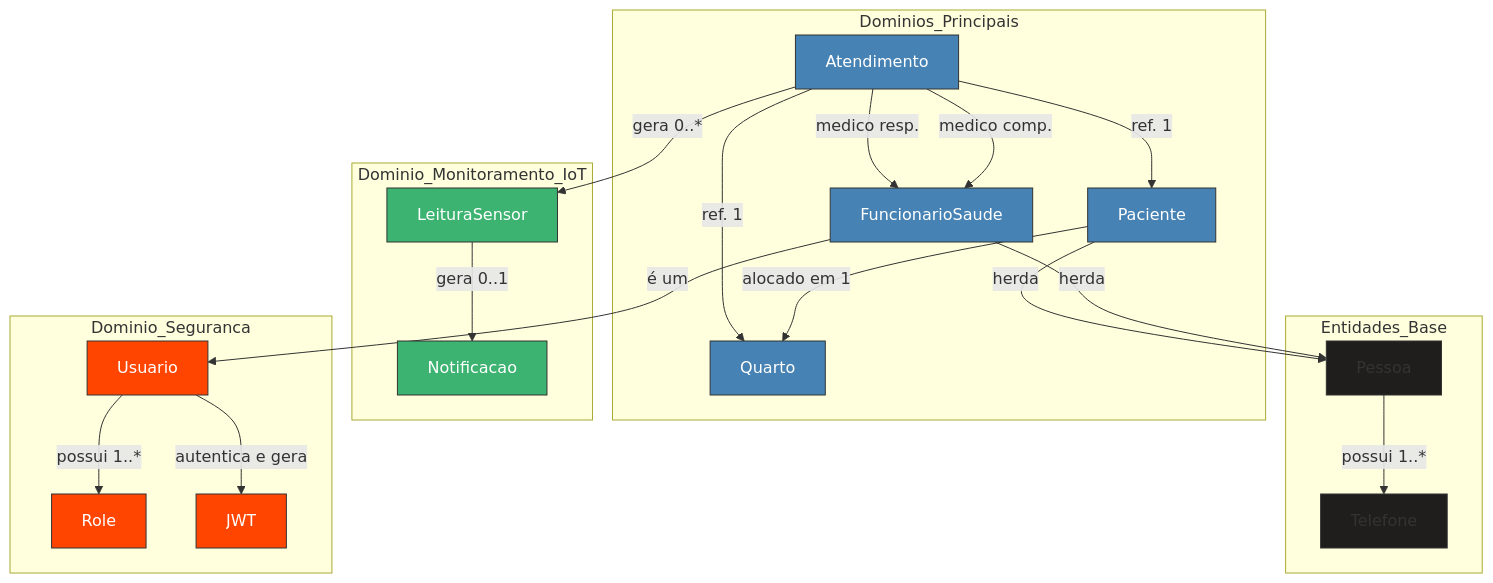
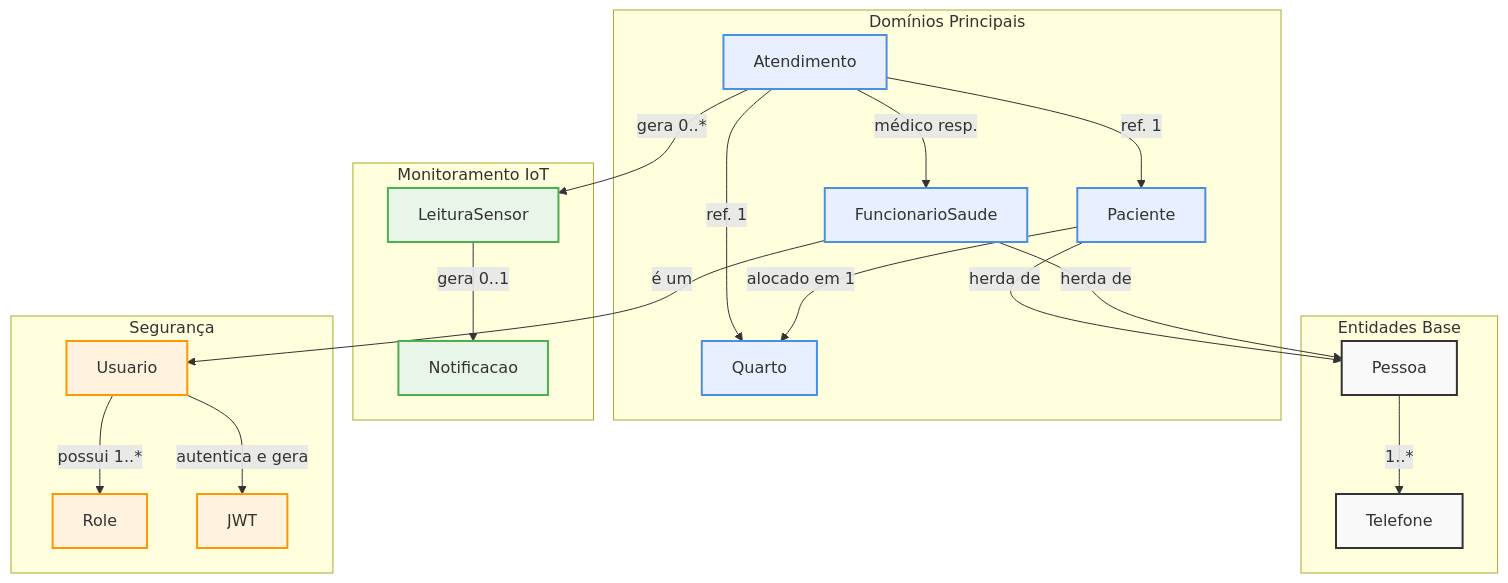
One commit to matheus05dev/BackendMonitoramentoPacientes changed the diagram in README.md. Above: the diagram before and after it, drawn with Mermaid. The commit also changed other lines of this file and 3 other files, not shown here.

````diff
--- a/README.md
+++ b/README.md
@@ -72,54 +75,53 @@
 ```mermaid
 graph TD
-    subgraph Entidades_Base
+    subgraph "Entidades Base"
         Pessoa
         Telefone
     end
 
-    subgraph Dominios_Principais
+    subgraph "Domínios Principais"
         Paciente
         FuncionarioSaude
         Quarto
         Atendimento
     end
 
-    subgraph Dominio_Monitoramento_IoT
+    subgraph "Monitoramento IoT"
         LeituraSensor
         Notificacao
     end
 
-    subgraph Dominio_Seguranca
+    subgraph "Segurança"
         Usuario
         Role
         JWT
     end
 
     %% Relacionamentos
-    Paciente -->|herda| Pessoa
-    FuncionarioSaude -->|herda| Pessoa
-    Pessoa -->|possui 1..*| Telefone
+    Paciente --"herda de"--> Pessoa
+    FuncionarioSaude --"herda de"--> Pessoa
+    Pessoa --"1..*"--> Telefone
 
-    Atendimento -->|ref. 1| Paciente
-    Atendimento -->|medico resp.| FuncionarioSaude
-    Atendimento -->|medico comp.| FuncionarioSaude
-    Atendimento -->|ref. 1| Quarto
-    Paciente -->|alocado em 1| Quarto
+    Atendimento --"ref. 1"--> Paciente
+    Atendimento --"médico resp."--> FuncionarioSaude
+    Atendimento --"ref. 1"--> Quarto
+    Paciente --"alocado em 1"--> Quarto
 
-    Atendimento -->|gera 0..*| LeituraSensor
-    LeituraSensor -->|gera 0..1| Notificacao
+    Atendimento --"gera 0..*"--> LeituraSensor
+    LeituraSensor --"gera 0..1"--> Notificacao
 
-    Usuario -->|possui 1..*| Role
-    FuncionarioSaude -->|é um| Usuario
-    Usuario -->|autentica e gera| JWT
+    FuncionarioSaude --"é um"--> Usuario
+    Usuario --"possui 1..*"--> Role
+    Usuario --"autentica e gera"--> JWT
 
     %% Estilização
-    classDef base fill:#201d1d,stroke:#333;
-    classDef domain fill:#4682B4,stroke:#333,color:white;
-    classDef iot fill:#3CB371,stroke:#333,color:white;
-    classDef security fill:#FF4500,stroke:#333,color:white;
+    classDef base fill:#f9f9f9,stroke:#333,stroke-width:2px;
+    classDef domain fill:#e8f0ff,stroke:#4a90e2,stroke-width:2px;
+    classDef iot fill:#e8f5e9,stroke:#4caf50,stroke-width:2px;
+    classDef security fill:#fff3e0,stroke:#ff9800,stroke-width:2px;
 
     class Pessoa,Telefone base;
     class Paciente,FuncionarioSaude,Quarto,Atendimento domain;
     class LeituraSensor,Notificacao iot;
     class Usuario,Role,JWT security;
 ```
````
